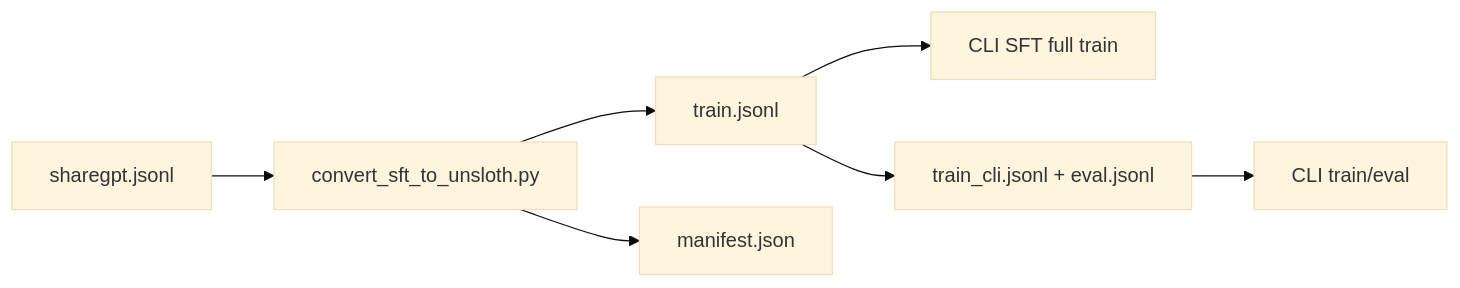
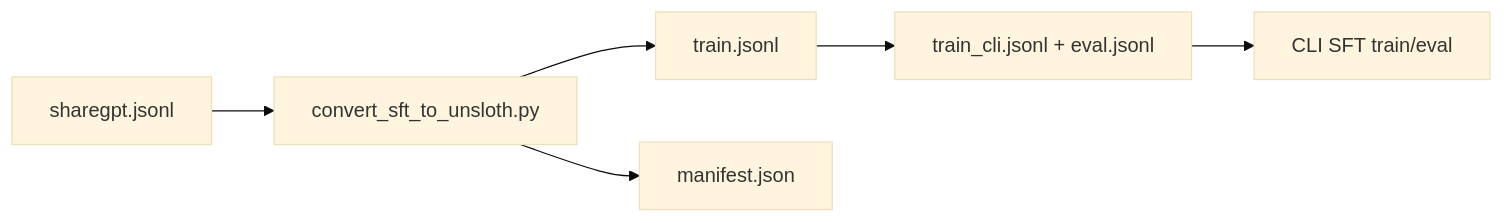
One commit to Lafinger/AgenticRAG-RL changed the tenth of 16 diagrams in demo/README.md. Above: the diagram before and after it, drawn with Mermaid (base theme). The commit also changed other lines of this file and 19 other files, not shown here.

````diff
--- a/demo/README.md
+++ b/demo/README.md
@@ -1086,9 +1087,8 @@
 ```mermaid
 flowchart LR
     A["sharegpt.jsonl"] --> B["convert_sft_to_unsloth.py"]
     B --> C["train.jsonl"]
     B --> D["manifest.json"]
-    C --> E["CLI SFT full train"]
     C --> F["train_cli.jsonl + eval.jsonl"]
-    F --> G["CLI train/eval"]
+    F --> G["CLI SFT train/eval"]
 ```
````
